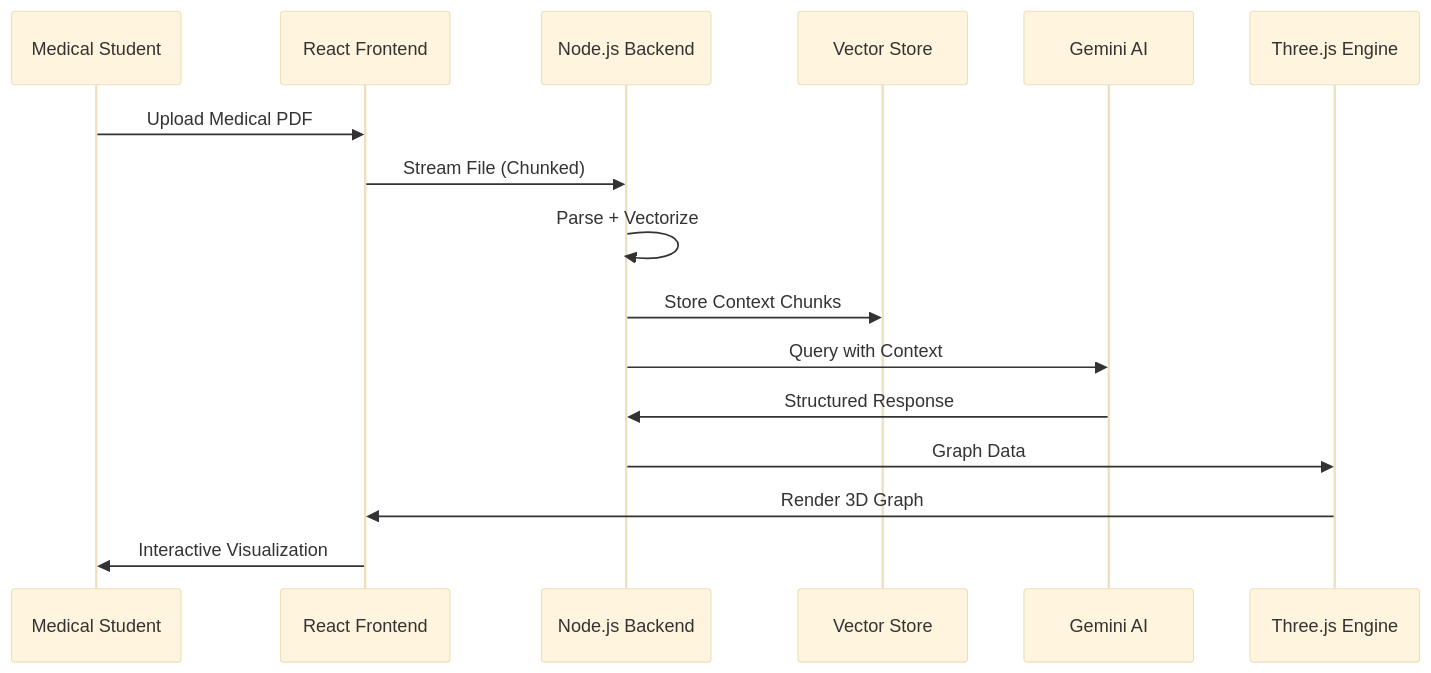
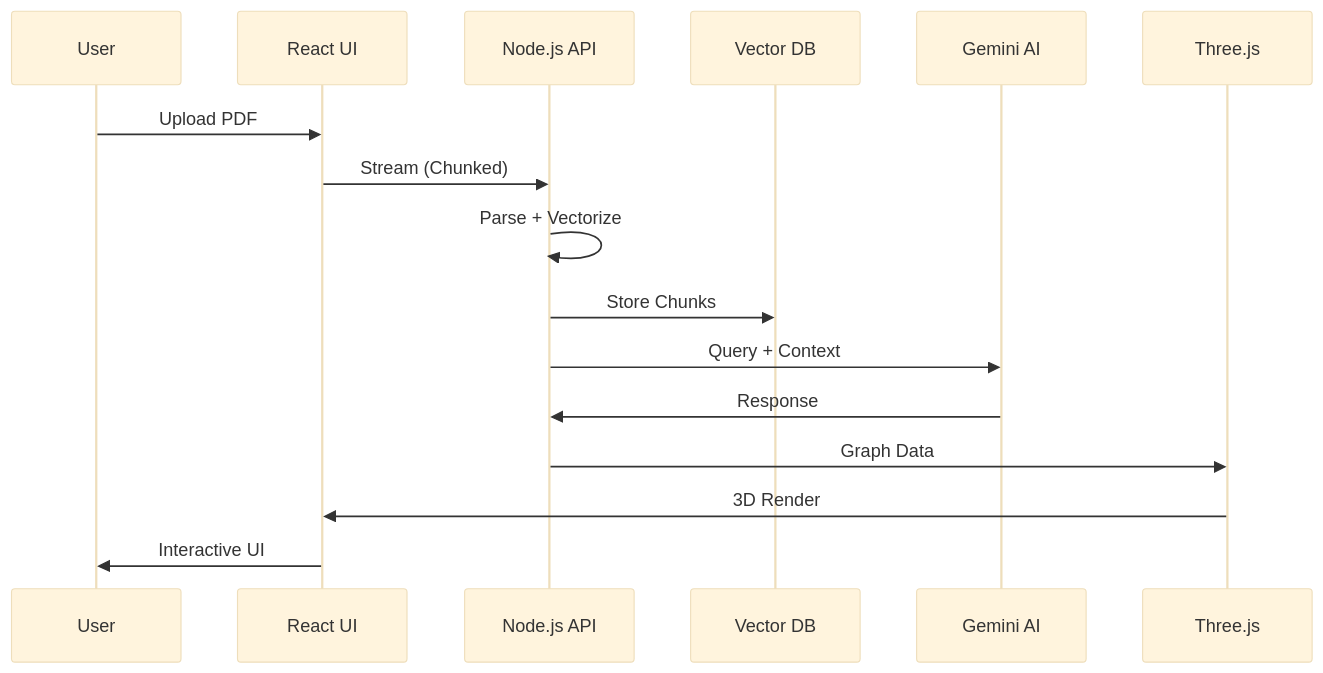
One commit to hareeshkar/hareeshkar changed the first of 2 diagrams in README.md. Above: the diagram before and after it, drawn with Mermaid (base theme). The commit also changed other lines of this file, not shown here.

````diff
--- a/README.md
+++ b/README.md
@@ -272,19 +189,19 @@
 ```mermaid
 sequenceDiagram
-    participant U as Medical Student
-    participant F as React Frontend
-    participant N as Node.js Backend
-    participant V as Vector Store
+    participant U as User
+    participant F as React UI
+    participant N as Node.js API
+    participant V as Vector DB
     participant G as Gemini AI
-    participant T as Three.js Engine
+    participant T as Three.js
 
-    U->>F: Upload Medical PDF
-    F->>N: Stream File (Chunked)
+    U->>F: Upload PDF
+    F->>N: Stream (Chunked)
     N->>N: Parse + Vectorize
-    N->>V: Store Context Chunks
-    N->>G: Query with Context
-    G->>N: Structured Response
+    N->>V: Store Chunks
+    N->>G: Query + Context
+    G->>N: Response
     N->>T: Graph Data
-    T->>F: Render 3D Graph
-    F->>U: Interactive Visualization
+    T->>F: 3D Render
+    F->>U: Interactive UI
 ```
````
